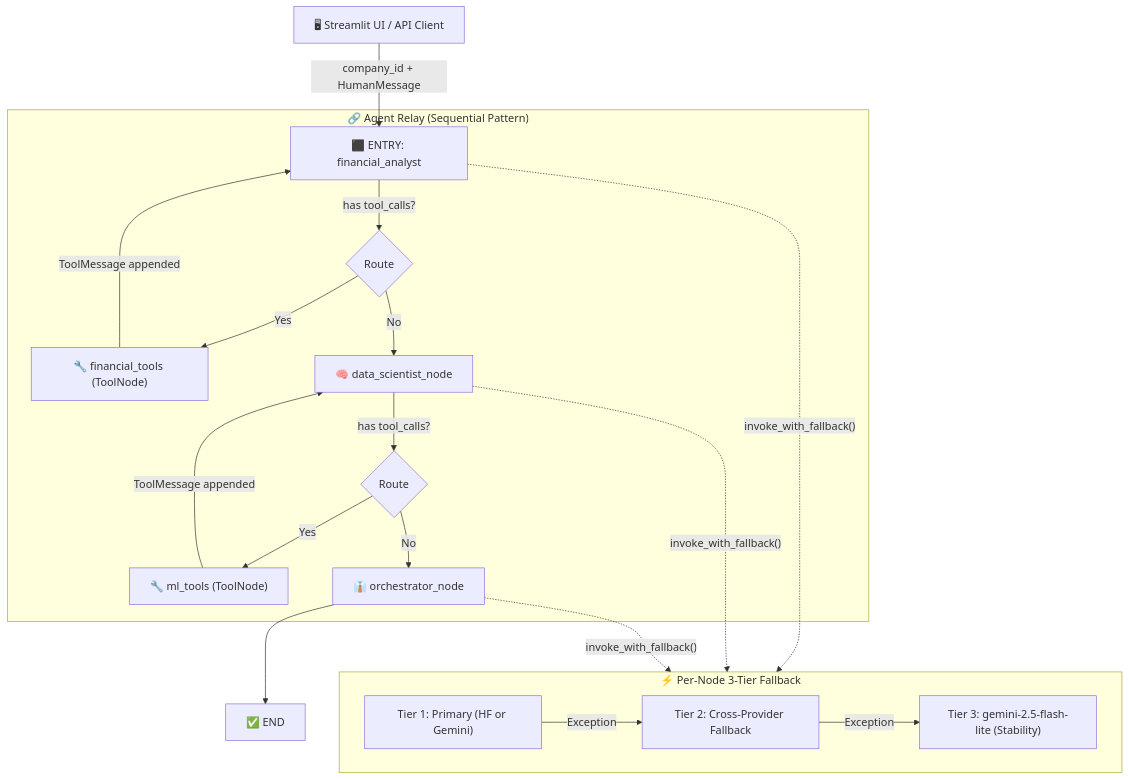
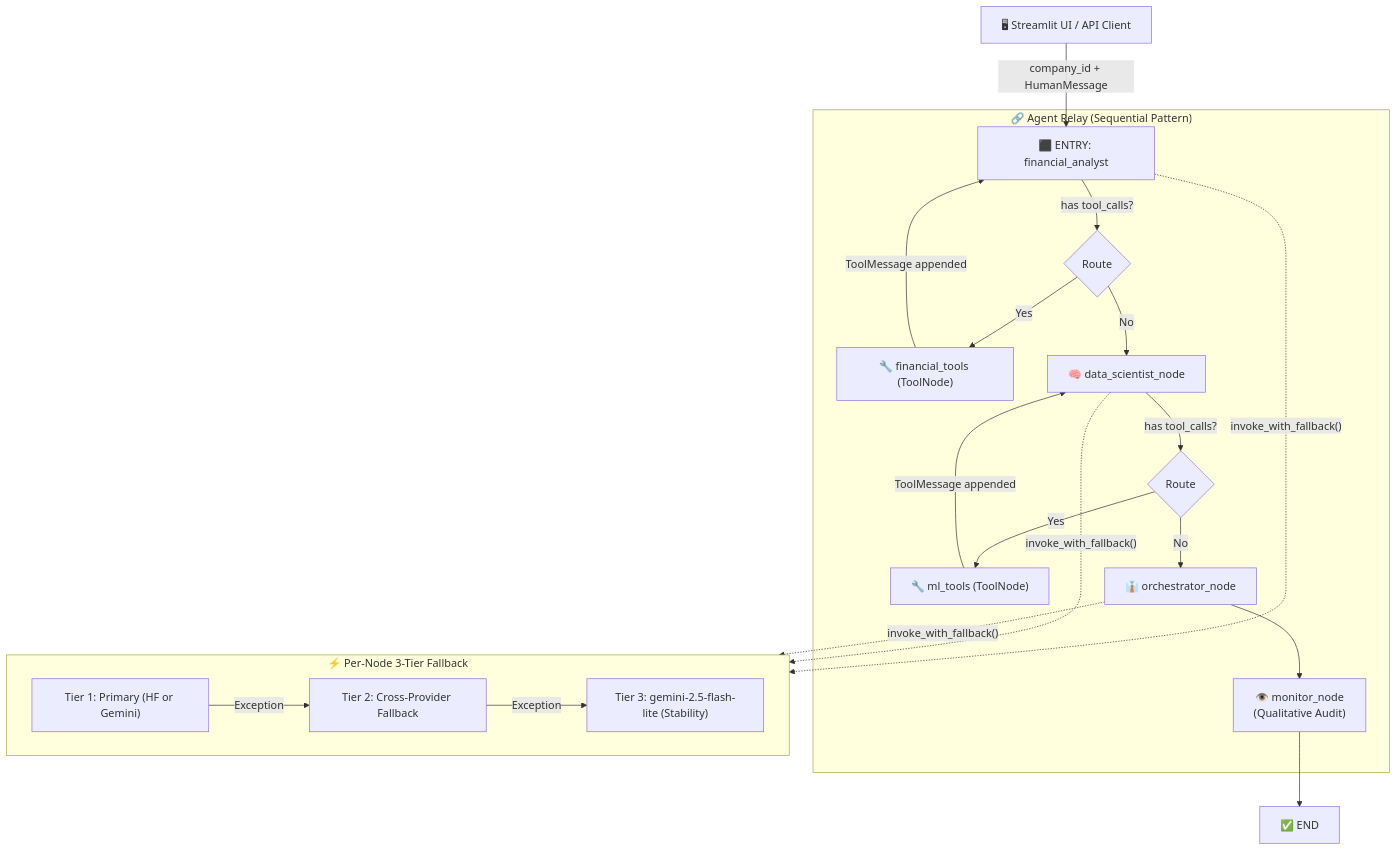
Before and after one commit to SebastianGarrido2790/hybrid-agentic-ml-for-risk-assessment: the diagram in reports/docs/architecture/agentic_reasoning_engine.md, drawn with Mermaid. The commit also changed other lines of this file and 25 other files, not shown here.

````diff
--- a/reports/docs/architecture/agentic_reasoning_engine.md
+++ b/reports/docs/architecture/agentic_reasoning_engine.md
@@ -210,33 +210,34 @@
 ```mermaid
 flowchart TD
     UI["🖥 Streamlit UI / API Client"]
     Entry["⬛ ENTRY: financial_analyst"]
 
     UI -->|"company_id + HumanMessage"| Entry
 
     subgraph RELAY["🔗 Agent Relay (Sequential Pattern)"]
         Entry -->|"has tool_calls?"| R1{"Route"}
         R1 -- Yes --> FT["🔧 financial_tools (ToolNode)"]
         FT -->|"ToolMessage appended"| Entry
         R1 -- No --> DS["🧠 data_scientist_node"]
 
         DS -->|"has tool_calls?"| R2{"Route"}
         R2 -- Yes --> MT["🔧 ml_tools (ToolNode)"]
         MT -->|"ToolMessage appended"| DS
         R2 -- No --> ORC["👔 orchestrator_node"]
+        ORC --> MON["👁️ monitor_node\n(Qualitative Audit)"]
     end
 
-    ORC --> END["✅ END"]
+    MON --> END["✅ END"]
 
     subgraph FALLBACK["⚡ Per-Node 3-Tier Fallback"]
         T1["Tier 1: Primary (HF or Gemini)"]
         T2["Tier 2: Cross-Provider Fallback"]
         T3["Tier 3: gemini-2.5-flash-lite (Stability)"]
         T1 -- "Exception" --> T2
         T2 -- "Exception" --> T3
     end
 
     Entry -.->|"invoke_with_fallback()"| FALLBACK
     DS -.->|"invoke_with_fallback()"| FALLBACK
     ORC -.->|"invoke_with_fallback()"| FALLBACK
 ```
````
